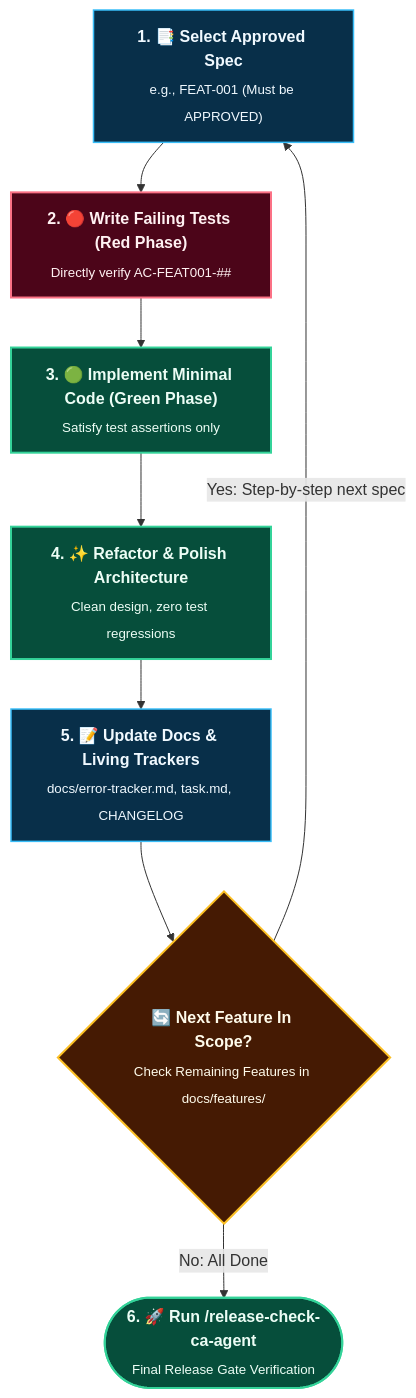
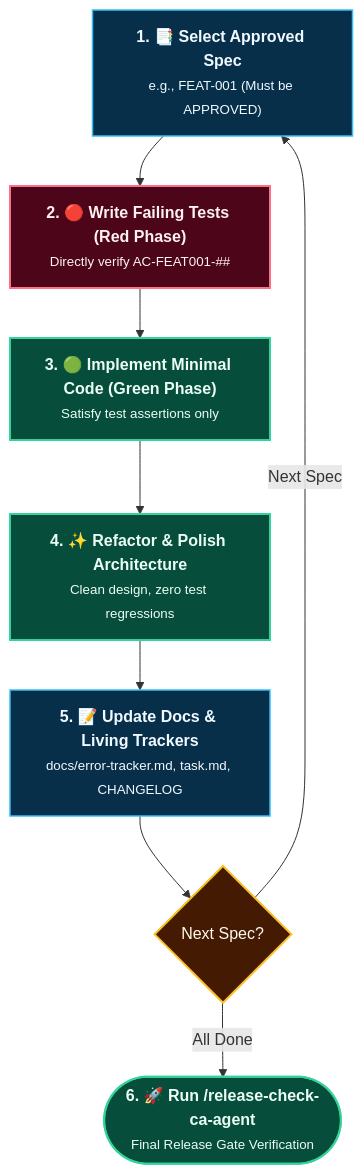
One commit to rmsofficialsyt/Agentic-AI-Vibe-Coding-AND-SDD-TDD-Codebase-Chandan-Adhikary changed the second of 3 diagrams in SDD-TDD-Chandan-Adhikary/Spec-Driven-Development/docs/features/README.md. Above: the diagram before and after it, drawn with Mermaid. The commit also changed other lines of this file and 27 other files, not shown here.

Commit message:
docs: resolve text overlap and scattering across all diagrams via semantic typography and layout contracts

````diff
--- a/SDD-TDD-Chandan-Adhikary/Spec-Driven-Development/docs/features/README.md
+++ b/SDD-TDD-Chandan-Adhikary/Spec-Driven-Development/docs/features/README.md
@@ -60,15 +60,15 @@
 ```mermaid
 flowchart TD
     classDef step fill:#082f49,stroke:#38bdf8,stroke-width:1.5px,color:#f0f9ff;
     classDef red fill:#4c0519,stroke:#fb7185,stroke-width:2px,color:#fff1f2;
     classDef green fill:#064e3b,stroke:#34d399,stroke-width:2px,color:#ecfdf5;
     classDef gate fill:#451a03,stroke:#fbbf24,stroke-width:2px,color:#fffbeb;
 
-    SelectSpec["<b>1. 📑 Select Approved Spec</b><br/><sub>e.g., FEAT-001 (Must be APPROVED)</sub>"]:::step --> WriteTests["<b>2. 🔴 Write Failing Tests (Red Phase)</b><br/><sub>Directly verify AC-FEAT001-##</sub>"]:::red
-    WriteTests --> ImplementCode["<b>3. 🟢 Implement Minimal Code (Green Phase)</b><br/><sub>Satisfy test assertions only</sub>"]:::green
-    ImplementCode --> RefactorCode["<b>4. ✨ Refactor & Polish Architecture</b><br/><sub>Clean design, zero test regressions</sub>"]:::green
-    RefactorCode --> UpdateDocs["<b>5. 📝 Update Docs & Living Trackers</b><br/><sub>docs/error-tracker.md, task.md, CHANGELOG</sub>"]:::step
-    UpdateDocs --> NextSpec{"<b>🔄 Next Feature In Scope?</b><br/><sub>Check Remaining Features in docs/features/</sub>"}:::gate
-    NextSpec -->|"Yes: Step-by-step next spec"| SelectSpec
-    NextSpec -->|"No: All Done"| ReleaseAudit(["<b>6. 🚀 Run /release-check-ca-agent</b><br/><sub>Final Release Gate Verification</sub>"]):::green
+    SelectSpec["<b>1. 📑 Select Approved Spec</b><br/><small>e.g., FEAT-001 (Must be APPROVED)</small>"]:::step --> WriteTests["<b>2. 🔴 Write Failing Tests (Red Phase)</b><br/><small>Directly verify AC-FEAT001-##</small>"]:::red
+    WriteTests --> ImplementCode["<b>3. 🟢 Implement Minimal Code (Green Phase)</b><br/><small>Satisfy test assertions only</small>"]:::green
+    ImplementCode --> RefactorCode["<b>4. ✨ Refactor & Polish Architecture</b><br/><small>Clean design, zero test regressions</small>"]:::green
+    RefactorCode --> UpdateDocs["<b>5. 📝 Update Docs & Living Trackers</b><br/><small>docs/error-tracker.md, task.md, CHANGELOG</small>"]:::step
+    UpdateDocs --> NextSpec{"Next Spec?"}:::gate
+    NextSpec -->|"Next Spec"| SelectSpec
+    NextSpec -->|"All Done"| ReleaseAudit(["<b>6. 🚀 Run /release-check-ca-agent</b><br/><small>Final Release Gate Verification</small>"]):::green
 ```
````
